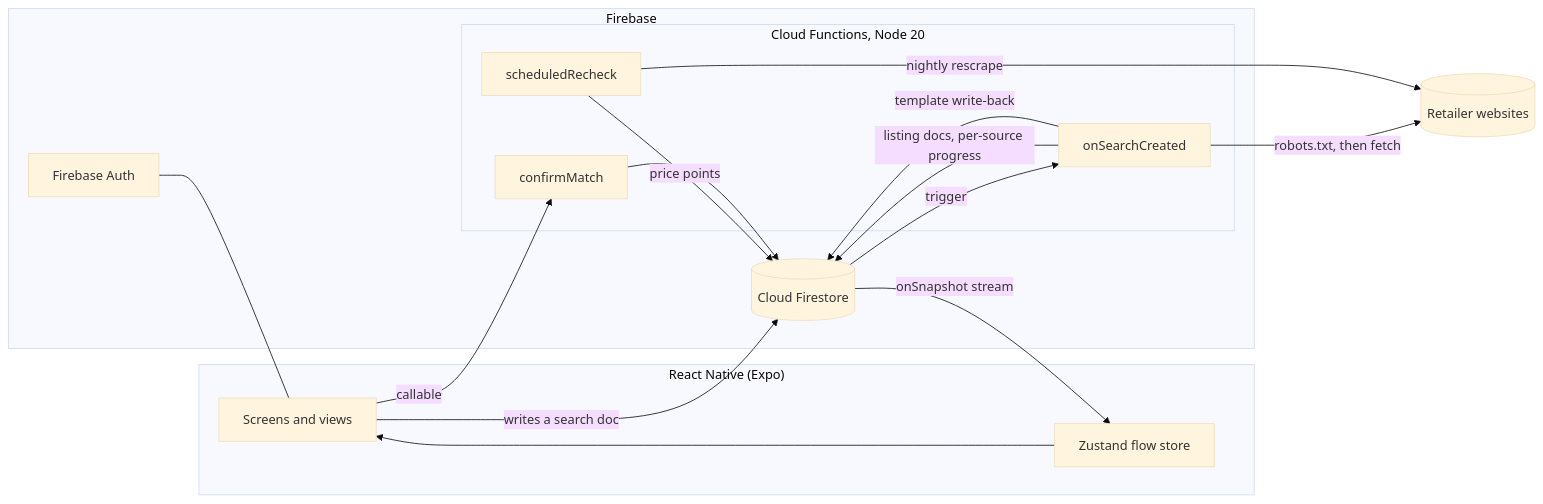
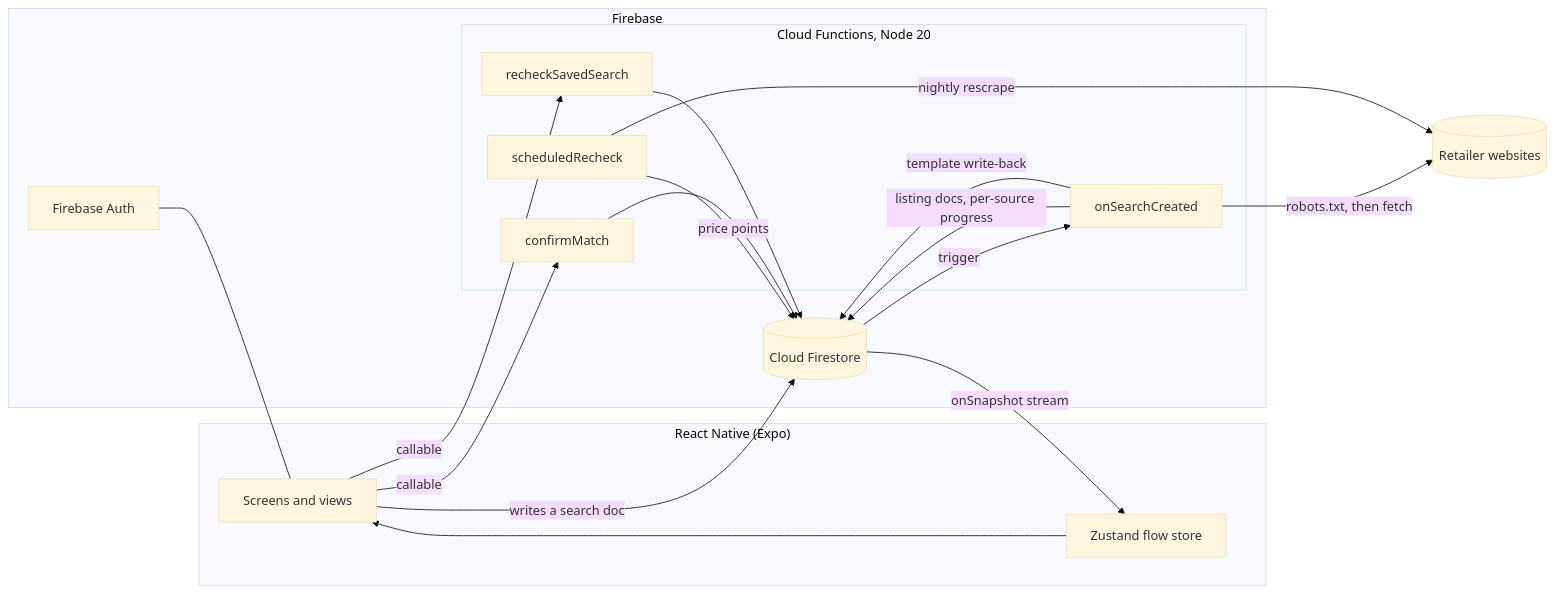
One commit to Keagan-Boucher/SIFT changed the first of 3 diagrams in README.md. Above: the diagram before and after it, drawn with Mermaid (base theme). The commit also changed other lines of this file, not shown here.

````diff
--- a/README.md
+++ b/README.md
@@ -108,30 +107,32 @@
 ```mermaid
 flowchart LR
     subgraph Device["React Native (Expo)"]
         UI[Screens and views]
         Store[Zustand flow store]
     end
 
     subgraph Firebase["Firebase"]
         Auth[Firebase Auth]
         FS[(Cloud Firestore)]
         subgraph Fn["Cloud Functions, Node 20"]
             T[onSearchCreated]
             C[confirmMatch]
             S[scheduledRecheck]
+            RC[recheckSavedSearch]
         end
     end
 
     Retailers[(Retailer websites)]
 
     UI -->|writes a search doc| FS
     FS -->|trigger| T
     T -->|robots.txt, then fetch| Retailers
     S -->|nightly rescrape| Retailers
     T -->|listing docs, per-source progress| FS
     T -->|template write-back| FS
     S -->|price points| FS
     UI -->|callable| C --> FS
+    UI -->|callable| RC --> FS
     FS -->|onSnapshot stream| Store --> UI
     Auth --- UI
 ```
````
